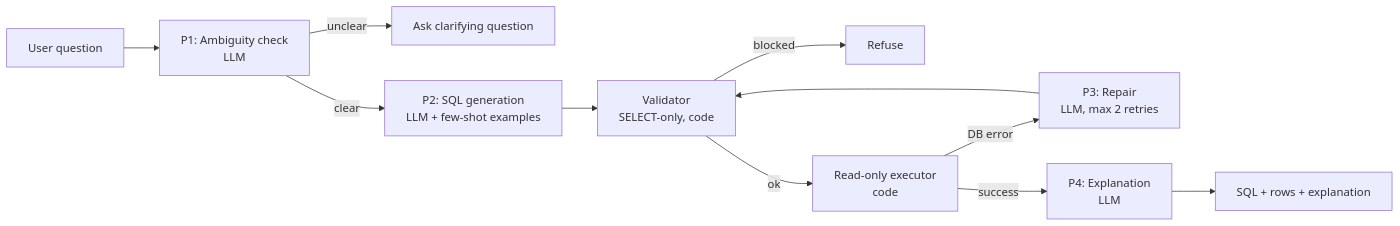
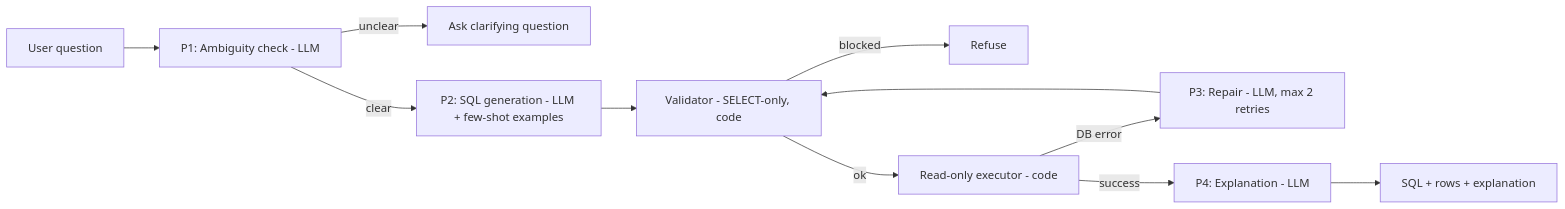
One commit to Kushagra10-Ag/Vortex-SchemaSense-SQL changed the diagram in README.md. Above: the diagram before and after it, drawn with Mermaid. The commit also changed other lines of this file, not shown here.

````diff
--- a/README.md
+++ b/README.md
@@ -60,13 +57,13 @@
 ```mermaid
 flowchart LR
-    Q[User question] --> P1[P1: Ambiguity check<br/>LLM]
+    Q[User question] --> P1[P1: Ambiguity check - LLM]
     P1 -- unclear --> C[Ask clarifying question]
-    P1 -- clear --> P2[P2: SQL generation<br/>LLM + few-shot examples]
-    P2 --> V[Validator<br/>SELECT-only, code]
+    P1 -- clear --> P2[P2: SQL generation - LLM + few-shot examples]
+    P2 --> V[Validator - SELECT-only, code]
     V -- blocked --> B[Refuse]
-    V -- ok --> E[Read-only executor<br/>code]
-    E -- DB error --> P3[P3: Repair<br/>LLM, max 2 retries]
+    V -- ok --> E[Read-only executor - code]
+    E -- DB error --> P3[P3: Repair - LLM, max 2 retries]
     P3 --> V
-    E -- success --> P4[P4: Explanation<br/>LLM]
+    E -- success --> P4[P4: Explanation - LLM]
     P4 --> R[SQL + rows + explanation]
 ```
````
